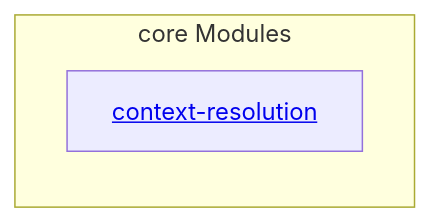
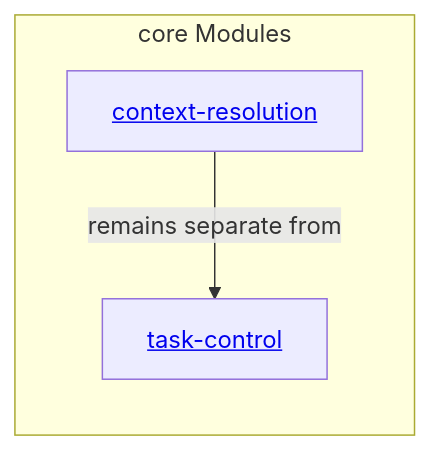
One commit to abstract-business-systems/as-is changed the diagram in core/modules/as-is.md. Above: the diagram before and after it, drawn with Mermaid. The commit also changed other lines of this file and 28 other files, not shown here.

Commit message:
refactor(core): migrate task-control family

````diff
--- a/core/modules/as-is.md
+++ b/core/modules/as-is.md
@@ -19,7 +20,9 @@
 ```mermaid
 flowchart TB
     subgraph Modules["core Modules"]
         direction TB
         Context["<a href='./context-resolution/as-is.md#design'>context-resolution</a>"]
+        TaskControl["<a href='./task-control/as-is.md#design'>task-control</a>"]
+        Context -->|remains separate from| TaskControl
     end
 ```
````
